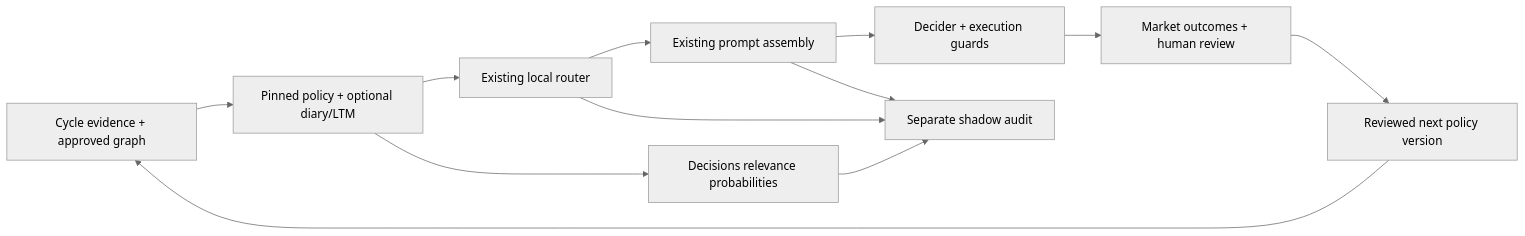
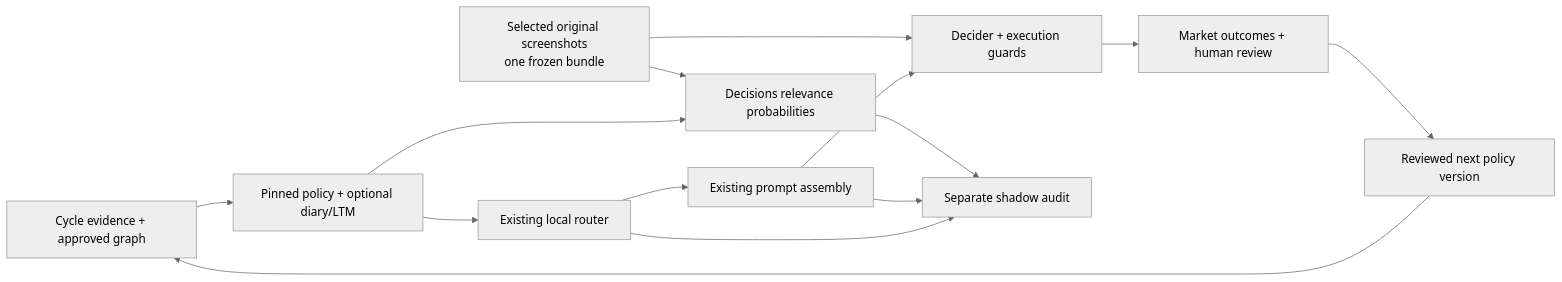
One commit to attdobi/d-ai-trader changed the diagram in docs/DECISIONS_ROUTER.md. Above: the diagram before and after it, drawn with Mermaid (neutral theme). The commit also changed other lines of this file and 376 other files, not shown here.

Commit message:
feat: share frozen news screenshots with router and decider

````diff
--- a/docs/DECISIONS_ROUTER.md
+++ b/docs/DECISIONS_ROUTER.md
@@ -53,14 +120,16 @@
 ```mermaid
 flowchart LR
     C[Cycle evidence + approved graph] --> P[Pinned policy + optional diary/LTM]
+    I[Selected original screenshots<br/>one frozen bundle] --> D
+    I --> T
     P --> L[Existing local router]
     P --> D[Decisions relevance probabilities]
     L --> A[Existing prompt assembly]
     A --> T[Decider + execution guards]
     D --> S[Separate shadow audit]
     A --> S
     L --> S
     T --> F[Market outcomes + human review]
     F --> V[Reviewed next policy version]
     V --> C
 ```
````
